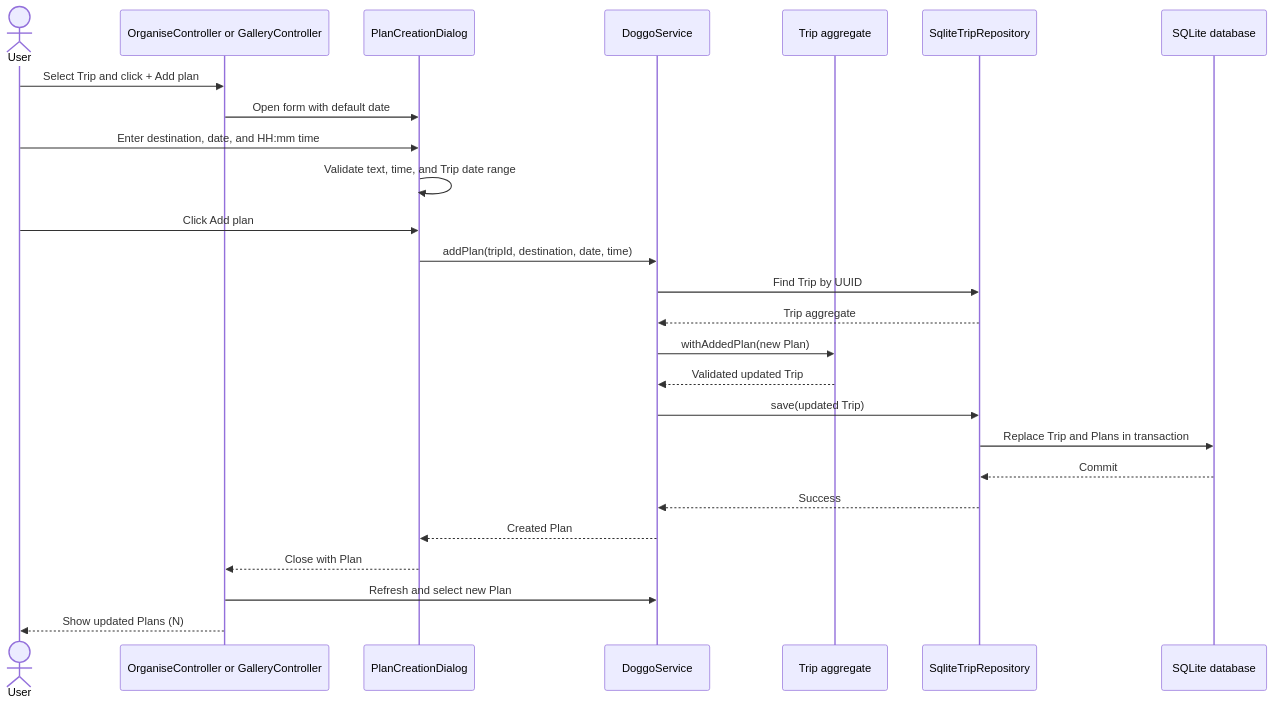
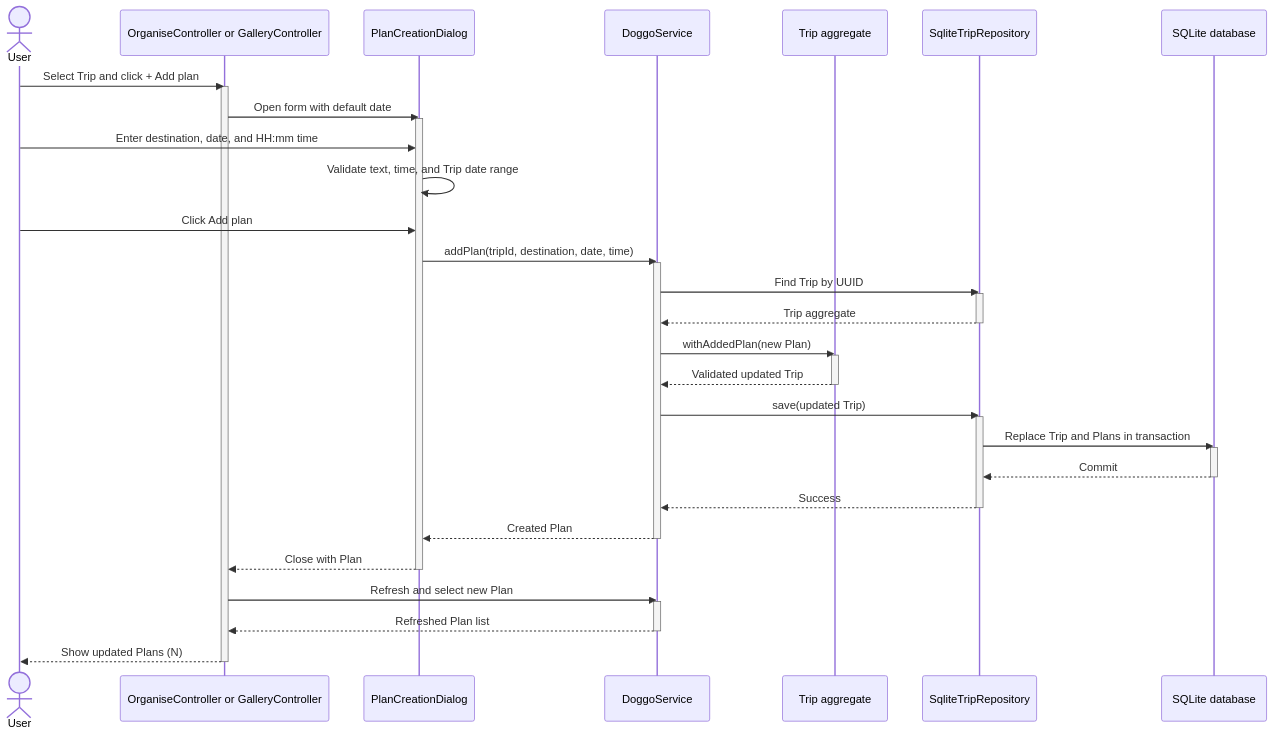
One commit to blurfrost/CS3227-2610-MP1 changed the fifth of 7 diagrams in docs/DeveloperGuide.md. Above: the diagram before and after it, drawn with Mermaid. The commit also changed other lines of this file, not shown here.

Commit message:
Update Developer guide sequence diagrams

```diff
--- a/docs/DeveloperGuide.md
+++ b/docs/DeveloperGuide.md
@@ -407,29 +441,46 @@
 ~~~mermaid
 sequenceDiagram
     actor User
     participant View as OrganiseController or GalleryController
     participant Dialog as PlanCreationDialog
     participant Service as DoggoService
     participant Trip as Trip aggregate
     participant Repo as SqliteTripRepository
     participant DB as SQLite database
 
     User->>View: Select Trip and click + Add plan
+    activate View
     View->>Dialog: Open form with default date
+    activate Dialog
     User->>Dialog: Enter destination, date, and HH:mm time
     Dialog->>Dialog: Validate text, time, and Trip date range
     User->>Dialog: Click Add plan
     Dialog->>Service: addPlan(tripId, destination, date, time)
+    activate Service
     Service->>Repo: Find Trip by UUID
+    activate Repo
     Repo-->>Service: Trip aggregate
+    deactivate Repo
     Service->>Trip: withAddedPlan(new Plan)
+    activate Trip
     Trip-->>Service: Validated updated Trip
+    deactivate Trip
     Service->>Repo: save(updated Trip)
+    activate Repo
     Repo->>DB: Replace Trip and Plans in transaction
+    activate DB
     DB-->>Repo: Commit
+    deactivate DB
     Repo-->>Service: Success
+    deactivate Repo
     Service-->>Dialog: Created Plan
+    deactivate Service
     Dialog-->>View: Close with Plan
+    deactivate Dialog
     View->>Service: Refresh and select new Plan
+    activate Service
+    Service-->>View: Refreshed Plan list
+    deactivate Service
     View-->>User: Show updated Plans (N)
+    deactivate View
 ~~~
```
